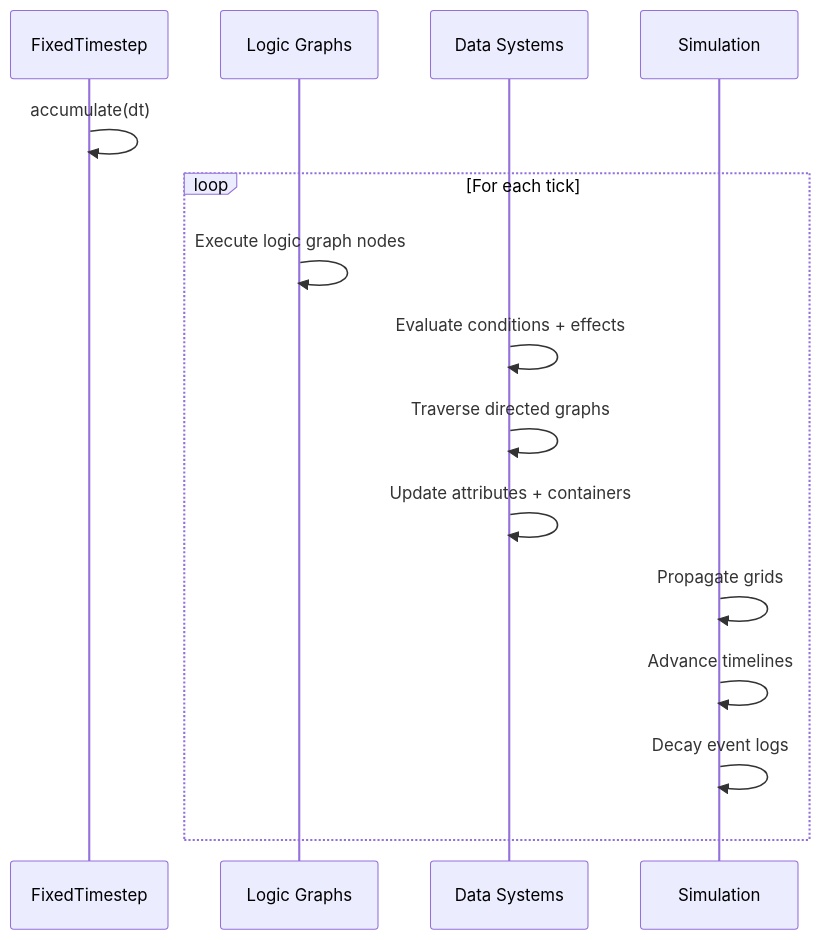
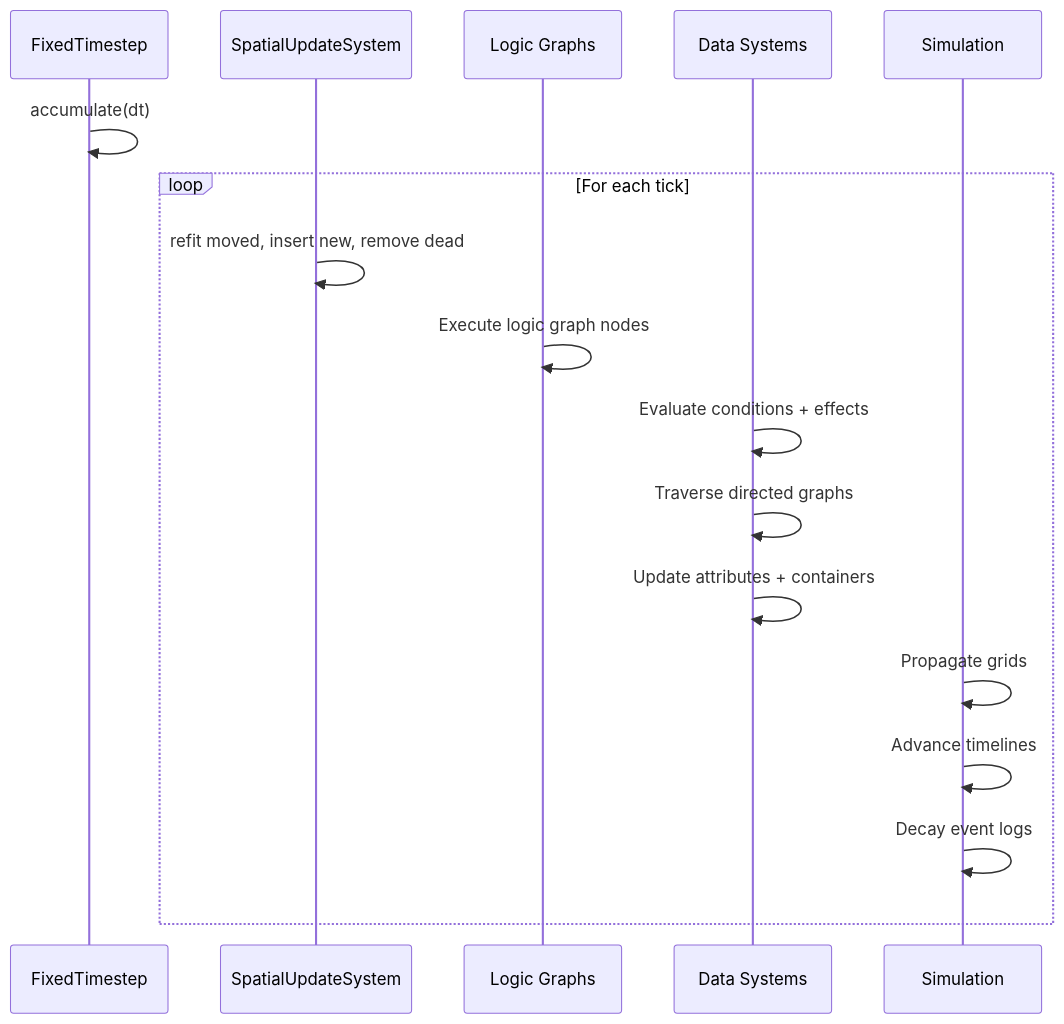
One commit to harmonius-dev/harmonius changed the seventh of 8 diagrams in docs/design/core-runtime/game-loop.md. Above: the diagram before and after it, drawn with Mermaid. The commit also changed other lines of this file and 143 other files, not shown here.

````diff
--- a/docs/design/core-runtime/game-loop.md
+++ b/docs/design/core-runtime/game-loop.md
@@ -534,18 +648,20 @@
 ```mermaid
 sequenceDiagram
     participant FS as FixedTimestep
+    participant SUS as SpatialUpdateSystem
     participant LG as Logic Graphs
     participant DS as Data Systems
     participant SIM as Simulation
 
     FS->>FS: accumulate(dt)
     loop For each tick
+        SUS->>SUS: refit moved, insert new, remove dead
         LG->>LG: Execute logic graph nodes
         DS->>DS: Evaluate conditions + effects
         DS->>DS: Traverse directed graphs
         DS->>DS: Update attributes + containers
         SIM->>SIM: Propagate grids
         SIM->>SIM: Advance timelines
         SIM->>SIM: Decay event logs
     end
 ```
````
